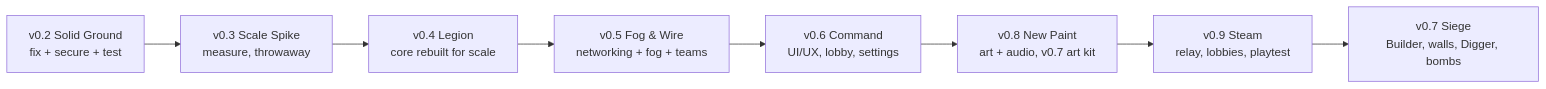
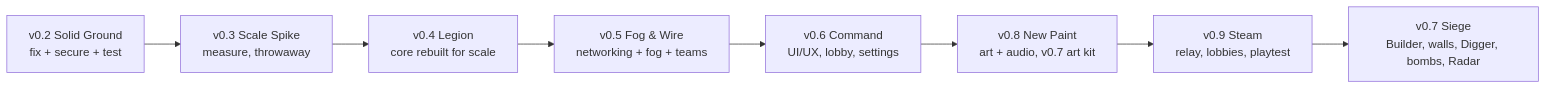
One commit to CoolCoder353/WAR-2D changed the diagram in docs/roadmap.md. Above: the diagram before and after it, drawn with Mermaid. The commit also changed other lines of this file and 2 other files, not shown here.

Commit message:
Write the v0.7 Siege implementation plan and add the Radar to its scope

````diff
--- a/docs/roadmap.md
+++ b/docs/roadmap.md
@@ -47,10 +49,10 @@
 ```mermaid
 flowchart LR
     v02[v0.2 Solid Ground<br/>fix + secure + test] --> v03[v0.3 Scale Spike<br/>measure, throwaway]
     v03 --> v04[v0.4 Legion<br/>core rebuilt for scale]
     v04 --> v05[v0.5 Fog & Wire<br/>networking + fog + teams]
     v05 --> v06[v0.6 Command<br/>UI/UX, lobby, settings]
     v06 --> v08[v0.8 New Paint<br/>art + audio, v0.7 art kit]
     v08 --> v09[v0.9 Steam<br/>relay, lobbies, playtest]
-    v09 --> v07[v0.7 Siege<br/>Builder, walls, Digger, bombs]
+    v09 --> v07[v0.7 Siege<br/>Builder, walls, Digger, bombs, Radar]
 ```
````
